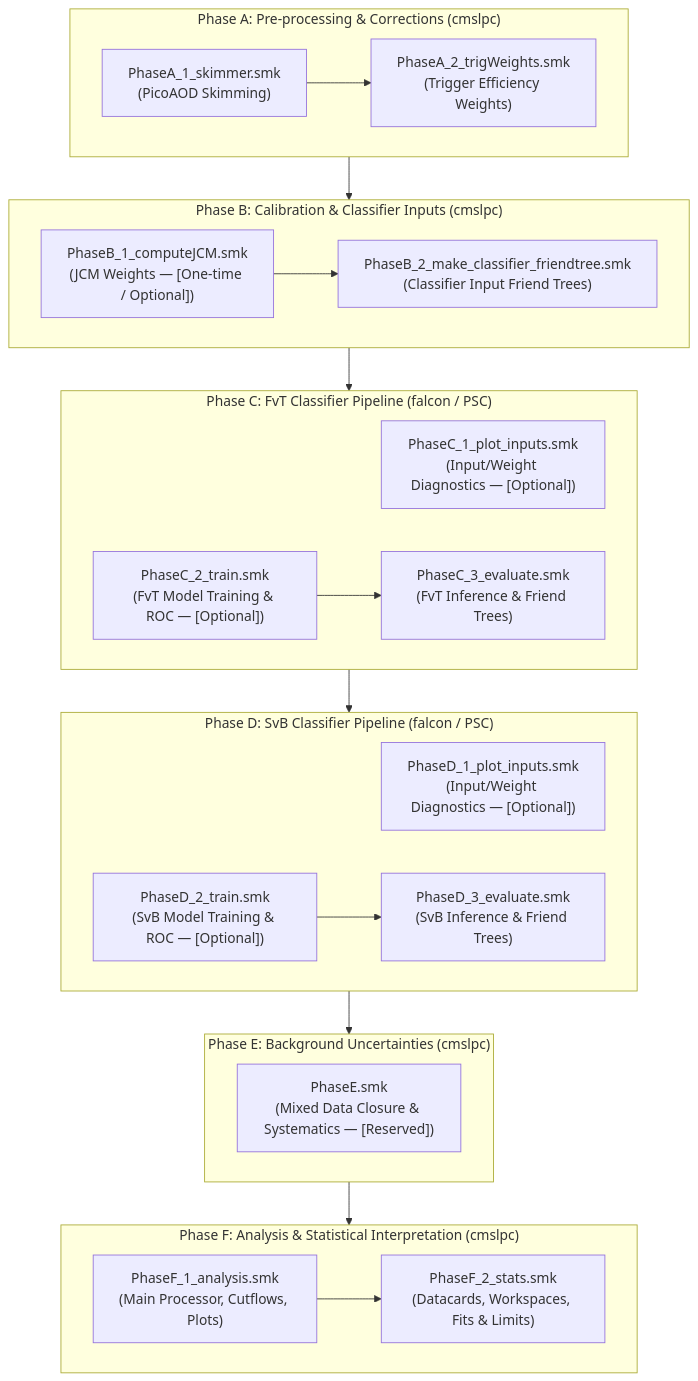
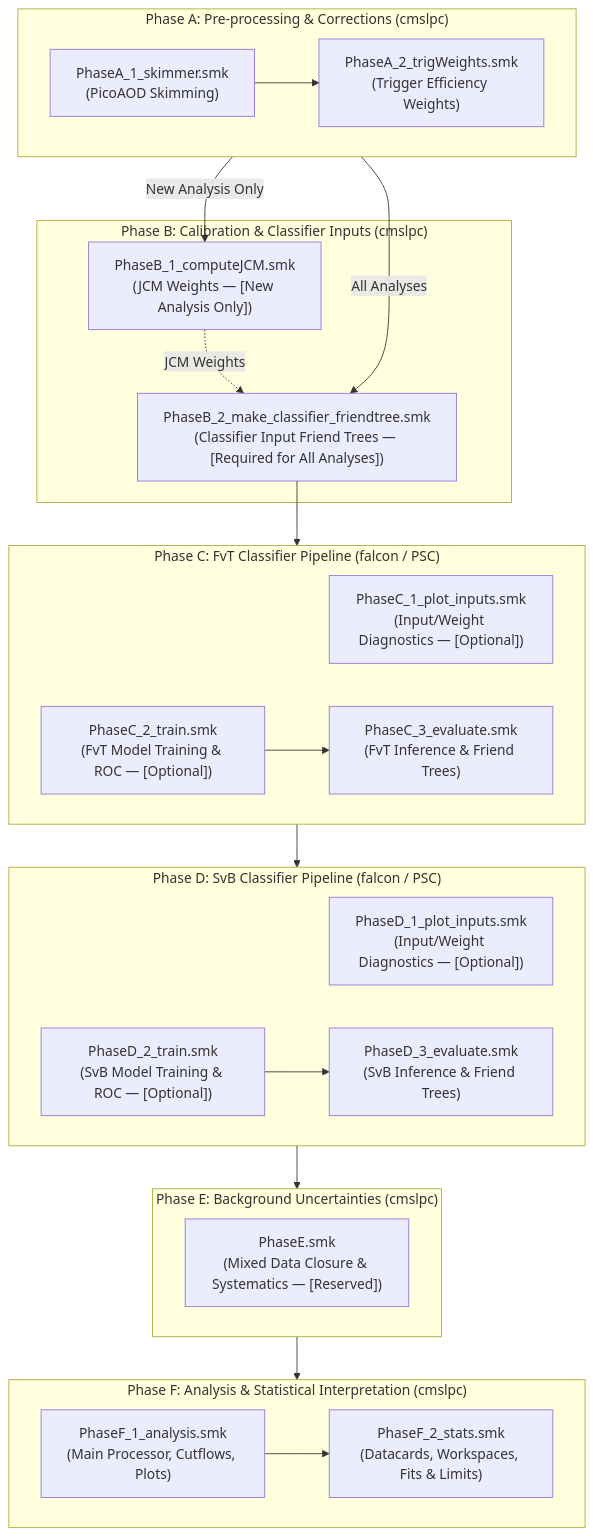
The diagram in workflows/README.md (cms-cmu/coffea4bees), drawn with Mermaid before and after one commit. The commit also changed other lines of this file, not shown here.

Commit message:
docs: clarify Phase B.1 (new analysis JCM) vs Phase B.2 (all analyses classifier inputs)

````diff
--- a/workflows/README.md
+++ b/workflows/README.md
@@ -27,34 +27,37 @@
 ```mermaid
 flowchart TD
     subgraph PhaseA["Phase A: Pre-processing & Corrections (cmslpc)"]
         A1["PhaseA_1_skimmer.smk\n(PicoAOD Skimming)"] --> A2["PhaseA_2_trigWeights.smk\n(Trigger Efficiency Weights)"]
     end
 
     subgraph PhaseB["Phase B: Calibration & Classifier Inputs (cmslpc)"]
-        B1["PhaseB_1_computeJCM.smk\n(JCM Weights — [One-time / Optional])"] --> B2["PhaseB_2_make_classifier_friendtree.smk\n(Classifier Input Friend Trees)"]
+        B1["PhaseB_1_computeJCM.smk\n(JCM Weights — [New Analysis Only])"]
+        B2["PhaseB_2_make_classifier_friendtree.smk\n(Classifier Input Friend Trees — [Required for All Analyses])"]
     end
 
     subgraph PhaseC["Phase C: FvT Classifier Pipeline (falcon / PSC)"]
         C1["PhaseC_1_plot_inputs.smk\n(Input/Weight Diagnostics — [Optional])"]
         C2["PhaseC_2_train.smk\n(FvT Model Training & ROC — [Optional])"] --> C3["PhaseC_3_evaluate.smk\n(FvT Inference & Friend Trees)"]
     end
 
     subgraph PhaseD["Phase D: SvB Classifier Pipeline (falcon / PSC)"]
         D1["PhaseD_1_plot_inputs.smk\n(Input/Weight Diagnostics — [Optional])"]
         D2["PhaseD_2_train.smk\n(SvB Model Training & ROC — [Optional])"] --> D3["PhaseD_3_evaluate.smk\n(SvB Inference & Friend Trees)"]
     end
 
     subgraph PhaseE["Phase E: Background Uncertainties (cmslpc)"]
         E1["PhaseE.smk\n(Mixed Data Closure & Systematics — [Reserved])"]
     end
 
     subgraph PhaseF["Phase F: Analysis & Statistical Interpretation (cmslpc)"]
         F1["PhaseF_1_analysis.smk\n(Main Processor, Cutflows, Plots)"] --> F2["PhaseF_2_stats.smk\n(Datacards, Workspaces, Fits & Limits)"]
     end
 
-    PhaseA --> PhaseB
-    PhaseB --> PhaseC
+    PhaseA -->|New Analysis Only| B1
+    PhaseA -->|All Analyses| B2
+    B1 -.->|JCM Weights| B2
+    B2 --> PhaseC
     PhaseC --> PhaseD
     PhaseD --> PhaseE
     PhaseE --> PhaseF
 ```
````
